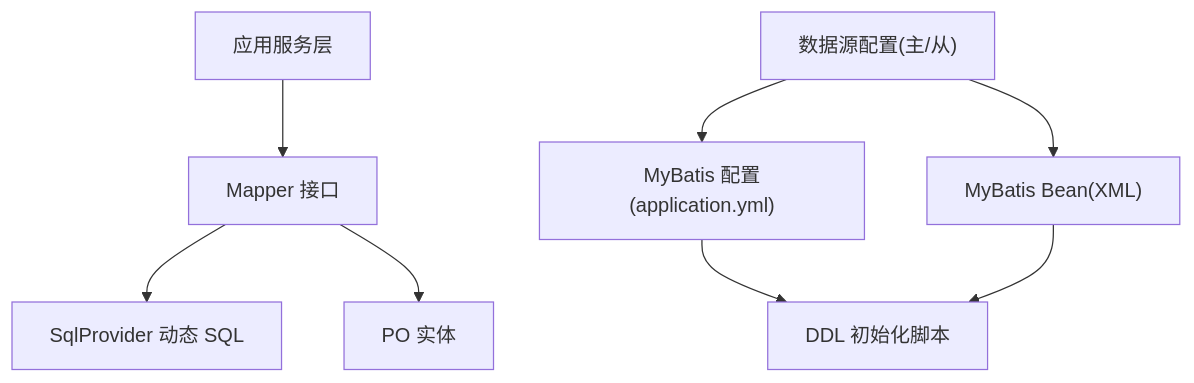
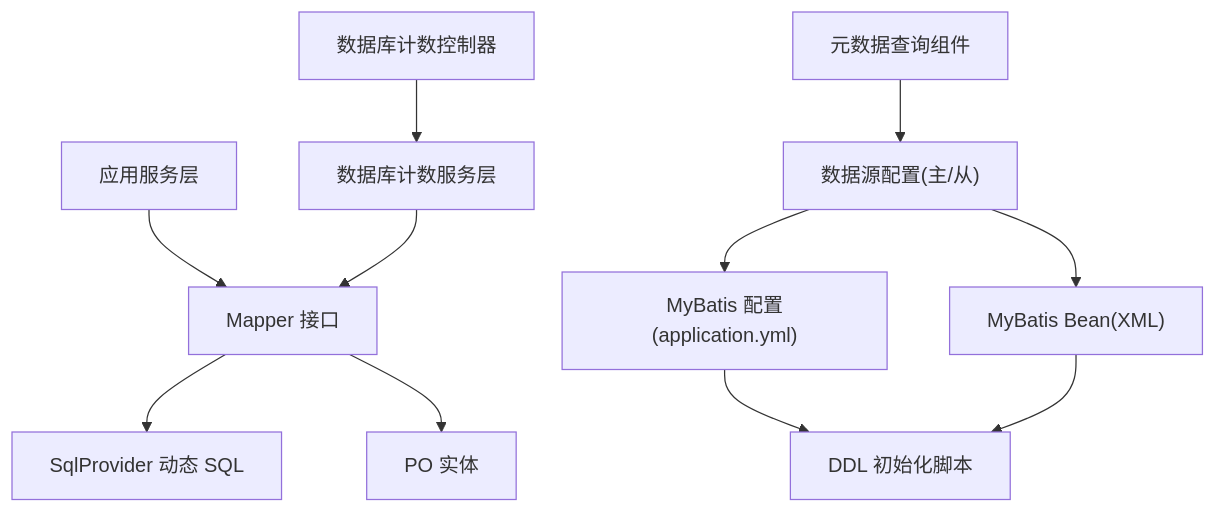
The second of 8 diagrams in .qoder/repowiki/zh/content/数据访问层/数据访问层.md (magicliang/domain-driven-transaction-sys), drawn with Mermaid before and after one commit. The commit also changed other lines of this file and 37 other files, not shown here.

````diff
--- a/.qoder/repowiki/zh/content/数据访问层/数据访问层.md
+++ b/.qoder/repowiki/zh/content/数据访问层/数据访问层.md
@@ -101,18 +131,24 @@
 ```mermaid
 graph TB
 App["应用服务层"]
 Mapper["Mapper 接口"]
 Provider["SqlProvider 动态 SQL"]
 PO["PO 实体"]
 DS["数据源配置(主/从)"]
 Yml["MyBatis 配置(application.yml)"]
 Xml["MyBatis Bean(XML)"]
 DDL["DDL 初始化脚本"]
+Svc["数据库计数服务层"]
+Ctrl["数据库计数控制器"]
+Meta["元数据查询组件"]
 App --> Mapper
 Mapper --> Provider
 Mapper --> PO
 DS --> Yml
 DS --> Xml
 Yml --> DDL
 Xml --> DDL
+Svc --> Mapper
+Ctrl --> Svc
+Meta --> DS
 ```
````
